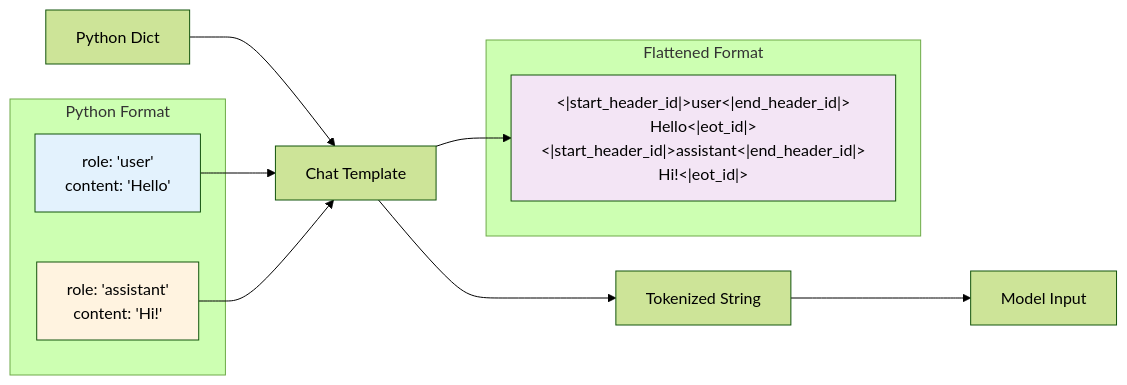
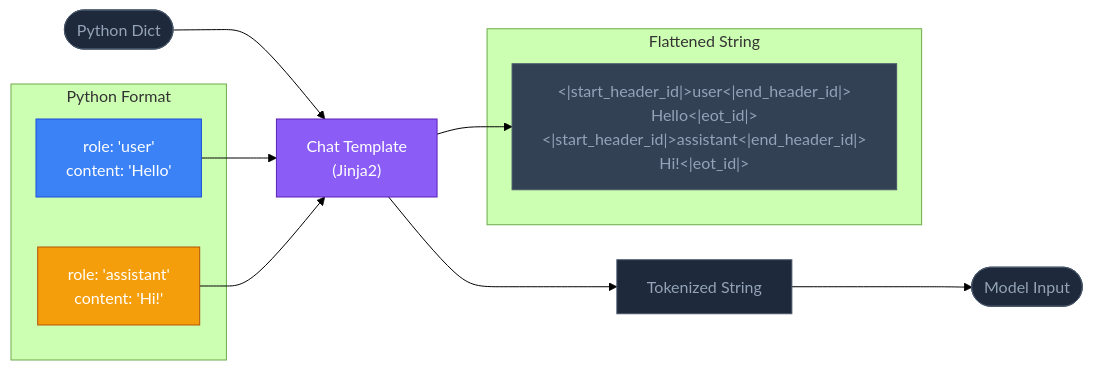
One commit to tripplen23/finetuning-sessions changed the second of 7 diagrams in week2/CONTEXT.md. Above: the diagram before and after it, drawn with Mermaid (forest theme). The commit also changed other lines of this file and 1 other file, not shown here.

Commit message:
update mermaid

````diff
--- a/week2/CONTEXT.md
+++ b/week2/CONTEXT.md
@@ -59,23 +57,23 @@
 ```mermaid
 graph LR
-    A[Python Dict] --> B[Chat Template]
-    B --> C[Tokenized String]
-    C --> D[Model Input]
-    
-    subgraph "Python Format"
-        A1["role: 'user'<br/>content: 'Hello'"]
-        A2["role: 'assistant'<br/>content: 'Hi!'"]
+    A(["Python Dict"]):::node --> B["Chat Template<br/>(Jinja2)"]:::template
+    B --> C["Tokenized String"]:::node --> D(["Model Input"]):::node
+
+    subgraph pyformat["Python Format"]
+        A1["role: 'user'<br/>content: 'Hello'"]:::user
+        A2["role: 'assistant'<br/>content: 'Hi!'"]:::asst
     end
-    
-    subgraph "Flattened Format"
-        C1["&lt;|start_header_id|&gt;user&lt;|end_header_id|&gt;<br/>Hello&lt;|eot_id|&gt;<br/>&lt;|start_header_id|&gt;assistant&lt;|end_header_id|&gt;<br/>Hi!&lt;|eot_id|&gt;"]
+
+    subgraph flat["Flattened String"]
+        C1["&lt;|start_header_id|&gt;user&lt;|end_header_id|&gt;<br/>Hello&lt;|eot_id|&gt;<br/>&lt;|start_header_id|&gt;assistant&lt;|end_header_id|&gt;<br/>Hi!&lt;|eot_id|&gt;"]:::flat
     end
-    
-    A1 --> B
-    A2 --> B
+
+    A1 & A2 --> B
     B --> C1
-    
-    style A1 fill:#e3f2fd
-    style A2 fill:#fff3e0
-    style C1 fill:#f3e5f5
+
+    classDef node     fill:#1E293B,stroke:#475569,color:#94A3B8
+    classDef template fill:#8B5CF6,stroke:#5B21B6,color:#fff
+    classDef user     fill:#3B82F6,stroke:#1D4ED8,color:#fff
+    classDef asst     fill:#F59E0B,stroke:#B45309,color:#fff
+    classDef flat     fill:#334155,stroke:#475569,color:#94A3B8
 ```
````
